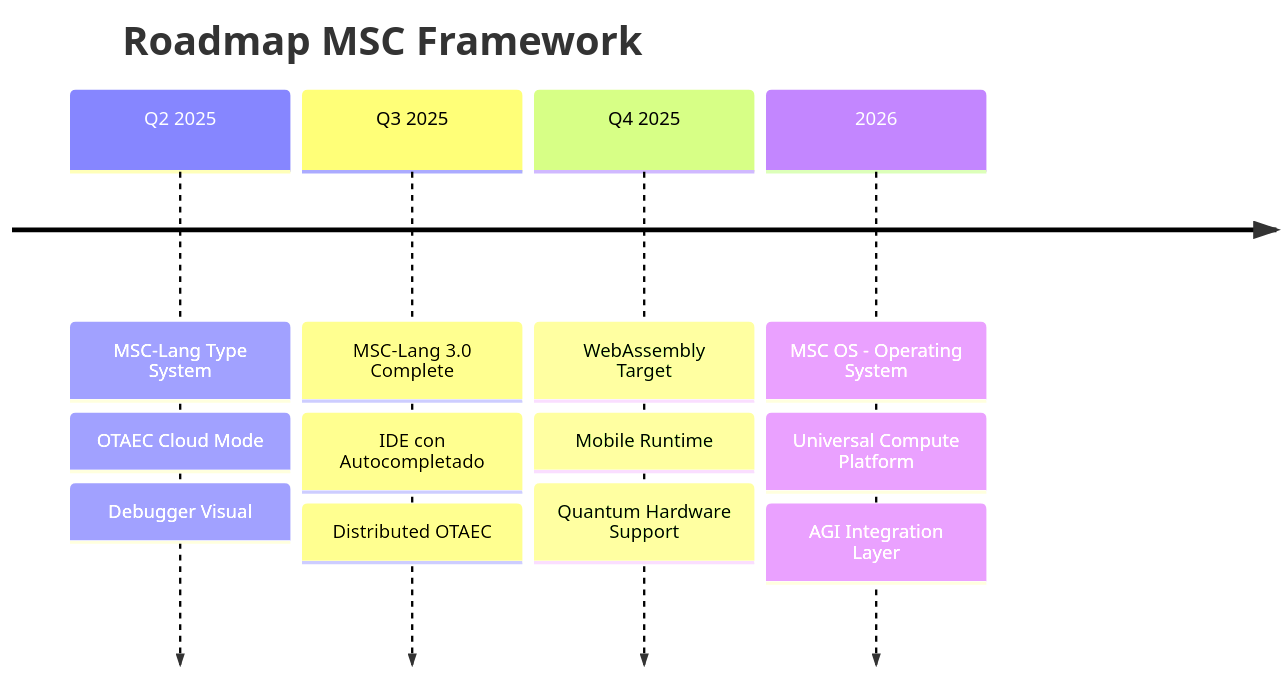
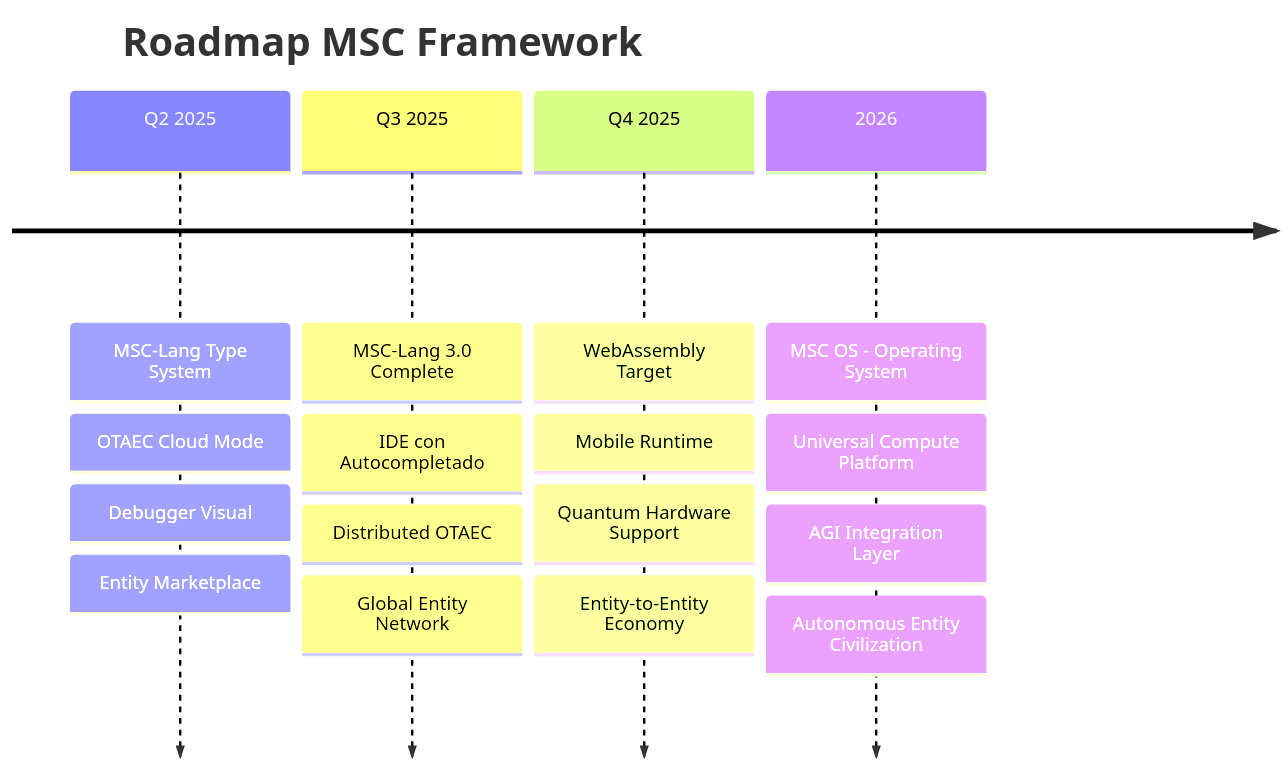
Before and after one commit to esraderey/synth-msc: the second of 2 diagrams in README.md, drawn with Mermaid. The commit also changed other lines of this file, not shown here.

````diff
--- a/README.md
+++ b/README.md
@@ -1210,20 +1664,24 @@
 ```mermaid
 timeline
     title Roadmap MSC Framework
     
     Q2 2025 : MSC-Lang Type System
             : OTAEC Cloud Mode
             : Debugger Visual
+            : Entity Marketplace
     
     Q3 2025 : MSC-Lang 3.0 Complete
             : IDE con Autocompletado
             : Distributed OTAEC
+            : Global Entity Network
     
     Q4 2025 : WebAssembly Target
             : Mobile Runtime
             : Quantum Hardware Support
+            : Entity-to-Entity Economy
     
     2026    : MSC OS - Operating System
             : Universal Compute Platform
             : AGI Integration Layer
+            : Autonomous Entity Civilization
 ```
````
